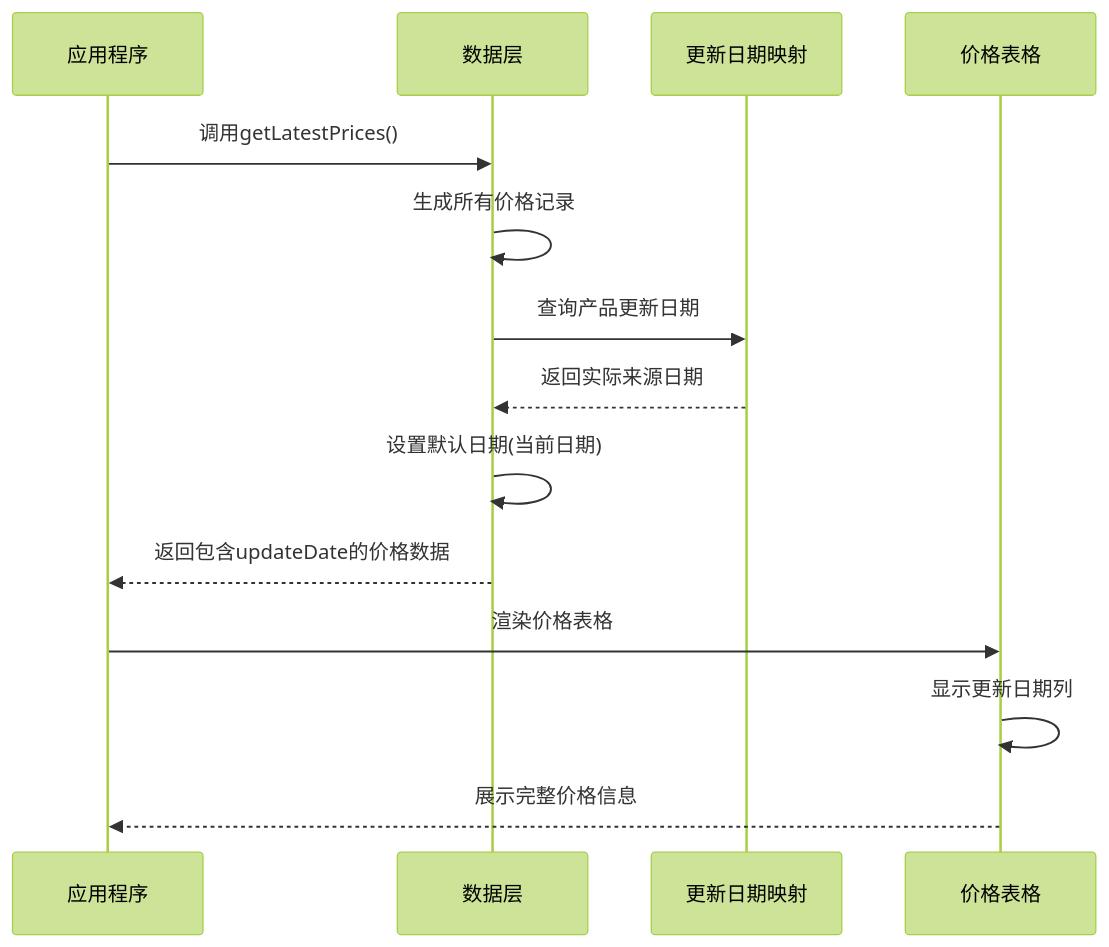
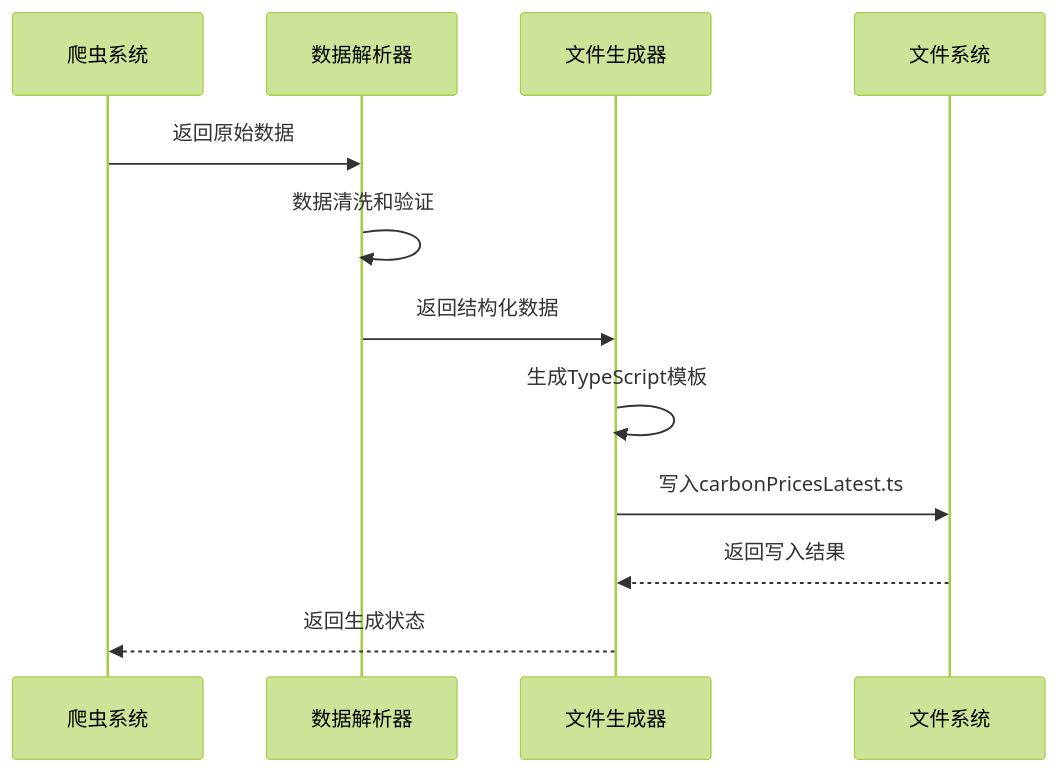
One commit to liangxuanliang-cmd/carbon-info-agent changed diagram 12 of 14 in .qoder/repowiki/zh/content/数据管理/价格数据管理.md. Above: the diagram before and after it, drawn with Mermaid (forest theme). The commit also changed other lines of this file and 21 other files, not shown here.

````diff
--- a/.qoder/repowiki/zh/content/数据管理/价格数据管理.md
+++ b/.qoder/repowiki/zh/content/数据管理/价格数据管理.md
@@ -584,16 +622,14 @@
 ```mermaid
 sequenceDiagram
-participant App as 应用程序
-participant Data as 数据层
-participant Mapping as 更新日期映射
-participant Table as 价格表格
-App->>Data : 调用getLatestPrices()
-Data->>Data : 生成所有价格记录
-Data->>Mapping : 查询产品更新日期
-Mapping-->>Data : 返回实际来源日期
-Data->>Data : 设置默认日期(当前日期)
-Data-->>App : 返回包含updateDate的价格数据
-App->>Table : 渲染价格表格
-Table->>Table : 显示更新日期列
-Table-->>App : 展示完整价格信息
+participant Crawler as 爬虫系统
+participant Parser as 数据解析器
+participant Generator as 文件生成器
+participant FS as 文件系统
+Crawler->>Parser : 返回原始数据
+Parser->>Parser : 数据清洗和验证
+Parser->>Generator : 返回结构化数据
+Generator->>Generator : 生成TypeScript模板
+Generator->>FS : 写入carbonPricesLatest.ts
+FS-->>Generator : 返回写入结果
+Generator-->>Crawler : 返回生成状态
 ```
````
